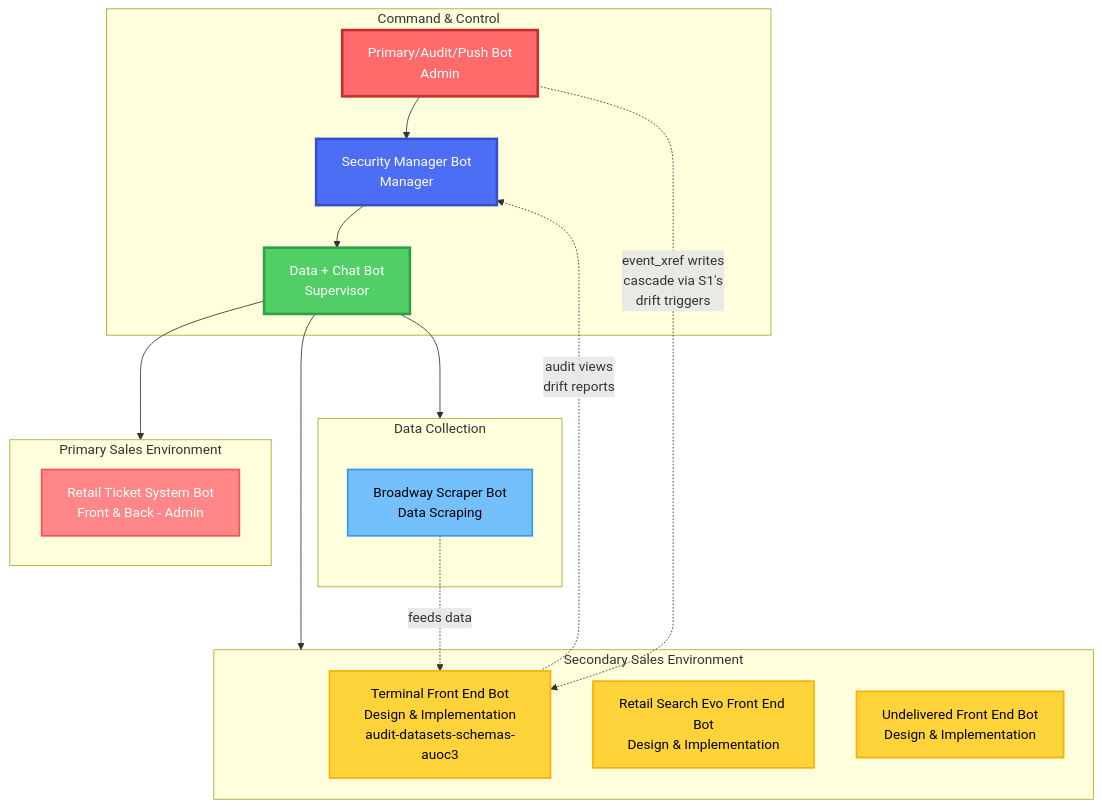
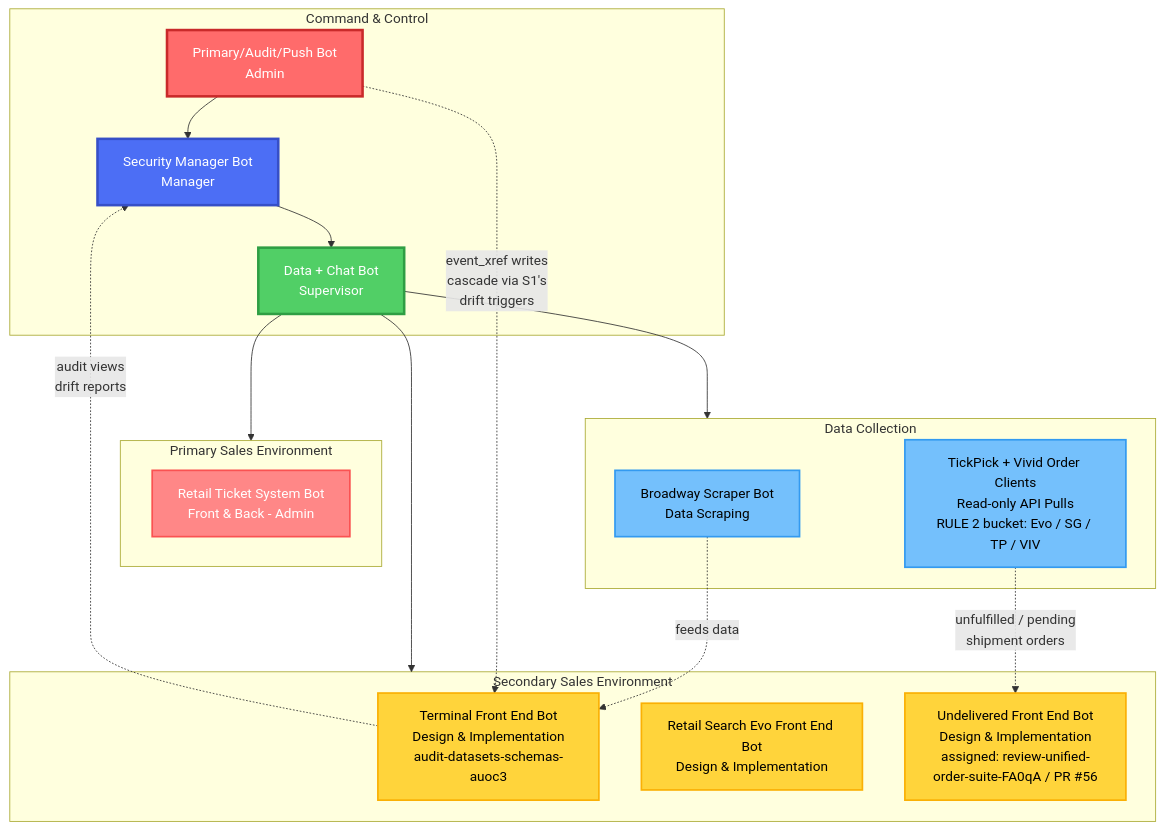
One commit to JulianS4K/Terminal-2 changed the diagram in docs/bot-hierarchy.mermaid. Above: the diagram before and after it, drawn with Mermaid.

Commit message:
docs(bot-hierarchy): assign TickPick + Vivid clients to Undelivered Front End Bot (S3)
Adds D2 node for the new read-only TickPick + Vivid order clients
(PR #56 on review-unified-order-suite-FA0qA) under Data Collection,
and a dotted feed edge to S3 (Undelivered Front End Bot) since both
clients default to filtering for unfulfilled / pending-shipment orders.

Also annotates S3 with the handoff branch.

```diff
--- a/docs/bot-hierarchy.mermaid
+++ b/docs/bot-hierarchy.mermaid
@@ -1,45 +1,47 @@
 graph TD
     subgraph CONTROL[Command & Control]
         A1[Primary/Audit/Push Bot<br/>Admin]
         B1[Security Manager Bot<br/>Manager]
         C1[Data + Chat Bot<br/>Supervisor]
 
         A1 --> B1
         B1 --> C1
     end
 
     subgraph PRIMARY[Primary Sales Environment]
         P1[Retail Ticket System Bot<br/>Front & Back - Admin]
     end
 
     subgraph SECONDARY[Secondary Sales Environment]
         S1[Terminal Front End Bot<br/>Design & Implementation<br/>audit-datasets-schemas-auoc3]
         S2[Retail Search Evo Front End Bot<br/>Design & Implementation]
-        S3[Undelivered Front End Bot<br/>Design & Implementation]
+        S3[Undelivered Front End Bot<br/>Design & Implementation<br/>assigned: review-unified-order-suite-FA0qA / PR #56]
     end
 
     subgraph DATA[Data Collection]
         D1[Broadway Scraper Bot<br/>Data Scraping]
+        D2[TickPick + Vivid Order Clients<br/>Read-only API Pulls<br/>RULE 2 bucket: Evo / SG / TP / VIV]
     end
 
     C1 --> PRIMARY
     C1 --> SECONDARY
     C1 --> DATA
 
     D1 -.->|feeds data| S1
+    D2 -.->|unfulfilled / pending<br/>shipment orders| S3
     A1 -.->|event_xref writes<br/>cascade via S1's<br/>drift triggers| S1
     S1 -.->|audit views<br/>drift reports| B1
 
     classDef adminClass fill:#ff6b6b,stroke:#c92a2a,color:#fff,stroke-width:3px
     classDef managerClass fill:#4c6ef5,stroke:#364fc7,color:#fff,stroke-width:3px
     classDef supervisorClass fill:#51cf66,stroke:#2f9e44,color:#fff,stroke-width:3px
     classDef primaryClass fill:#ff8787,stroke:#fa5252,color:#fff,stroke-width:2px
     classDef secondaryClass fill:#ffd43b,stroke:#fab005,color:#000,stroke-width:2px
     classDef dataClass fill:#74c0fc,stroke:#339af0,color:#000,stroke-width:2px
 
     class A1 adminClass
     class B1 managerClass
     class C1 supervisorClass
     class P1 primaryClass
     class S1,S2,S3 secondaryClass
-    class D1 dataClass
+    class D1,D2 dataClass
```
